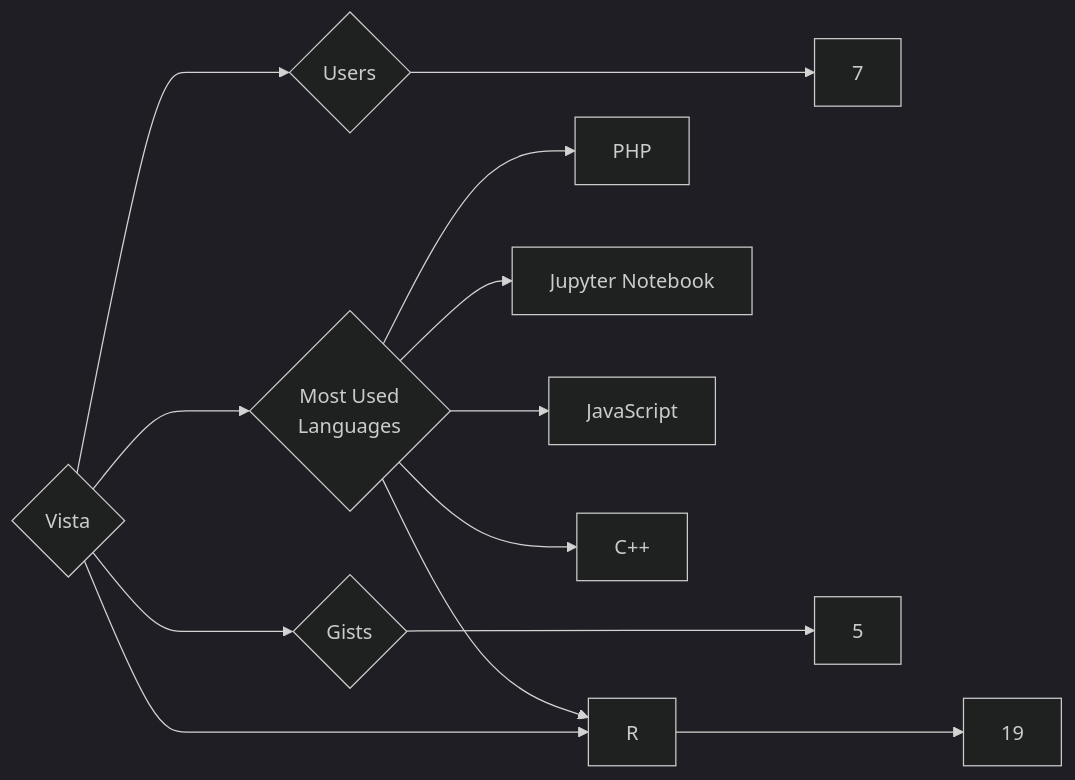
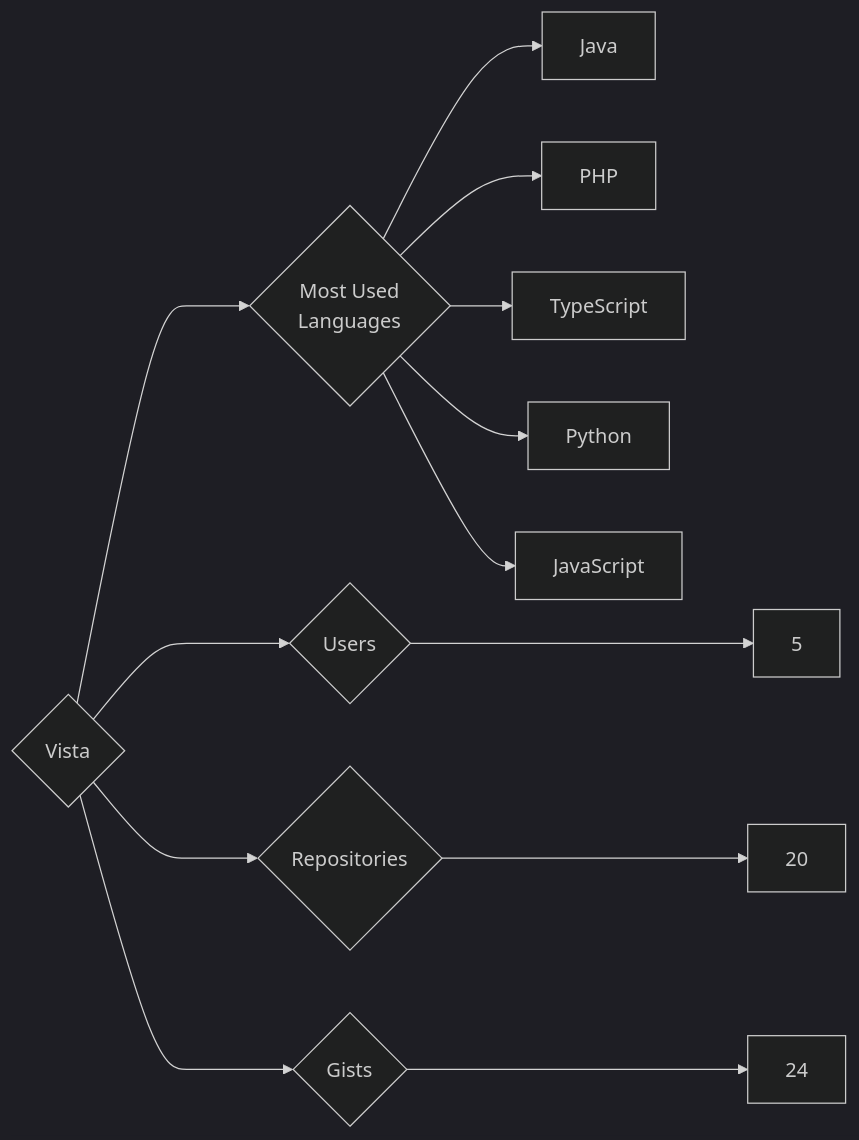
Before and after one commit to trickest/insiders: the diagram in targets/Vista/README.md, drawn with Mermaid (dark theme). The commit also changed 870 other files, not shown here.

````diff
--- a/targets/Vista/README.md
+++ b/targets/Vista/README.md
@@ -3,13 +3,13 @@
 ```mermaid
 graph LR
 COMPANY_NAME{Vista}
-COMPANY_NAME ---> U{Users} ---> UN[7]
-COMPANY_NAME ---> R{Repositories} ---> RN[19]
-COMPANY_NAME ---> G{Gists} ---> GN[5]
+COMPANY_NAME ---> U{Users} ---> UN[5]
+COMPANY_NAME ---> R{Repositories} ---> RN[20]
+COMPANY_NAME ---> G{Gists} ---> GN[24]
 COMPANY_NAME ---> ML{Most Used<br>Languages}
+ML --> Java[Java]
 ML --> PHP[PHP]
-ML --> R[R]
-ML --> Jupyter_Notebook[Jupyter Notebook]
+ML --> TypeScript[TypeScript]
+ML --> Python[Python]
 ML --> JavaScript[JavaScript]
-ML --> C++[C++]
 ```
````
